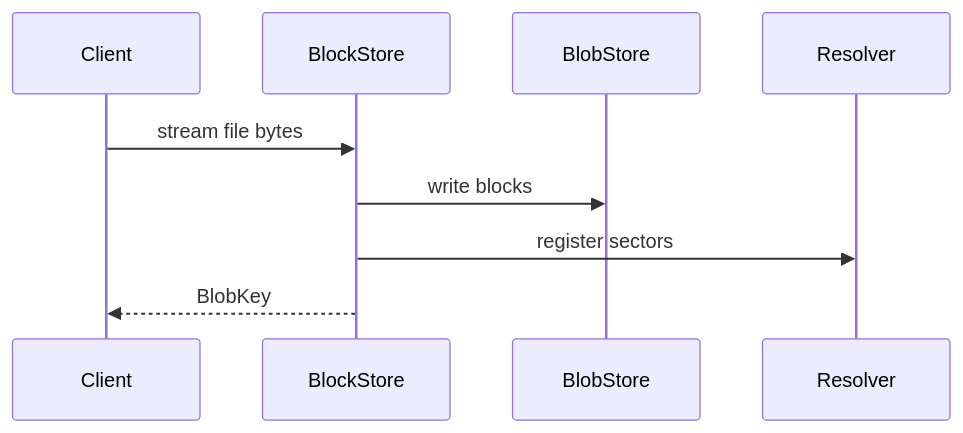
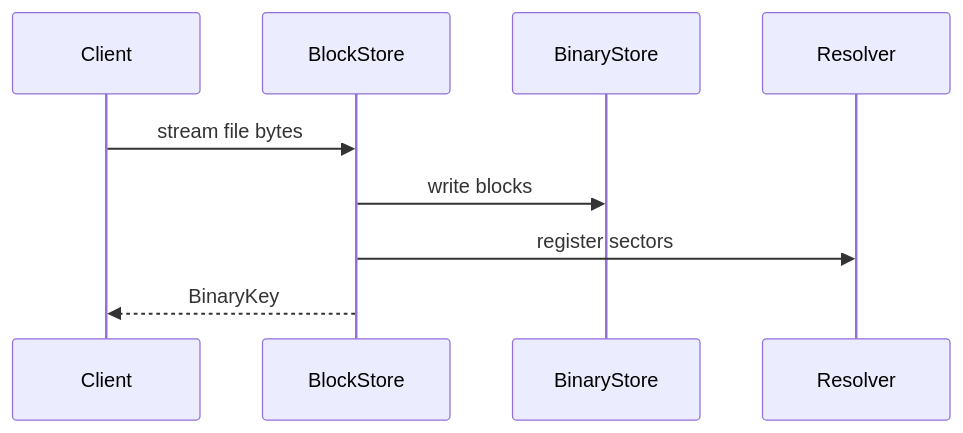
One commit to AdrielC/graviton changed the second of 2 diagrams in README.md. Above: the diagram before and after it, drawn with Mermaid. The commit also changed other lines of this file, not shown here.

````diff
--- a/README.md
+++ b/README.md
@@ -25,12 +25,12 @@
 ```mermaid
 sequenceDiagram
     participant C as Client
     participant BS as BlockStore
-    participant BL as BlobStore
+    participant BL as BinaryStore
     participant RS as Resolver
 
     C->>BS: stream file bytes
     BS->>BL: write blocks
     BS->>RS: register sectors
-    BS-->>C: BlobKey
+    BS-->>C: BinaryKey
 ```
````
